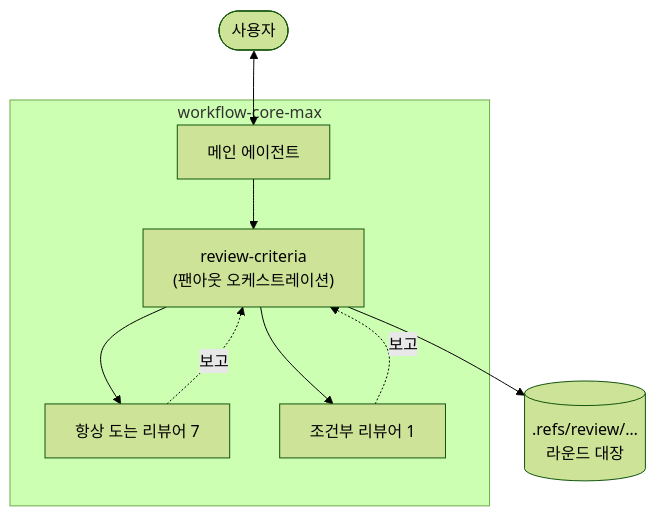
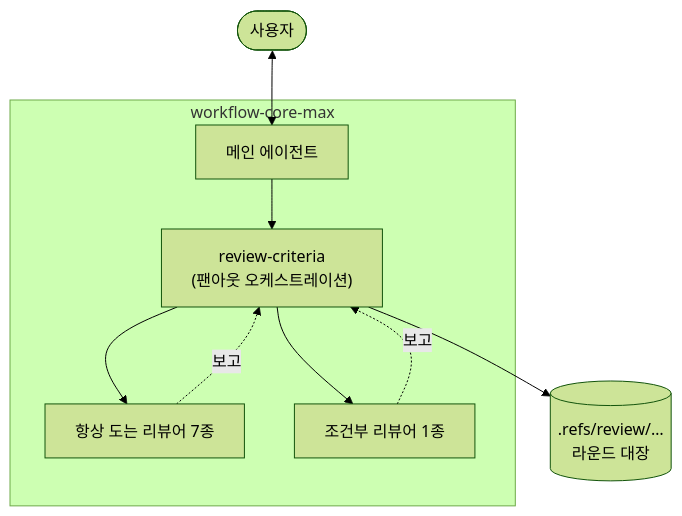
Before and after one commit to nil-park/claude-workflow-kit: the diagram in docs/architecture/max-plugins.md, drawn with Mermaid (forest theme). The commit also changed other lines of this file and 3 other files, not shown here.

````diff
--- a/docs/architecture/max-plugins.md
+++ b/docs/architecture/max-plugins.md
@@ -10,15 +10,15 @@
 ```mermaid
 flowchart TB
   subgraph core["workflow-core-max"]
     M["메인 에이전트"]
     RC["review-criteria<br/>(팬아웃 오케스트레이션)"]
-    A1["항상 도는 리뷰어 7"]
-    A2["조건부 리뷰어 1"]
+    A1["항상 도는 리뷰어 7종"]
+    A2["조건부 리뷰어 1종"]
   end
 
   U([사용자]) <--> M
   M --> RC
   RC --> A1 & A2
   A1 & A2 -.보고.-> RC
   RC --> L[(".refs/review/…<br/>라운드 대장")]
 ```
````
